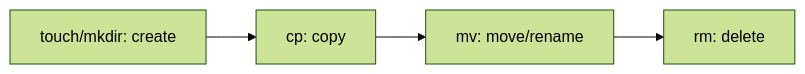
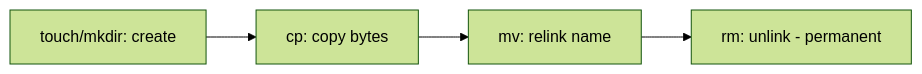
The diagram in 03-files-and-directories/create-copy-move-delete.md (cloud-prakhar/learning-linux), drawn with Mermaid (forest theme) before and after one commit. The commit also changed other lines of this file and 69 other files, not shown here.

````diff
--- a/03-files-and-directories/create-copy-move-delete.md
+++ b/03-files-and-directories/create-copy-move-delete.md
@@ -32,6 +38,6 @@
 ```mermaid
 flowchart LR
-    T[touch/mkdir: create] --> C[cp: copy]
-    C --> M[mv: move/rename]
-    M --> R[rm: delete]
+    T[touch/mkdir: create] --> C[cp: copy bytes]
+    C --> M[mv: relink name]
+    M --> R[rm: unlink - permanent]
 ```
````
